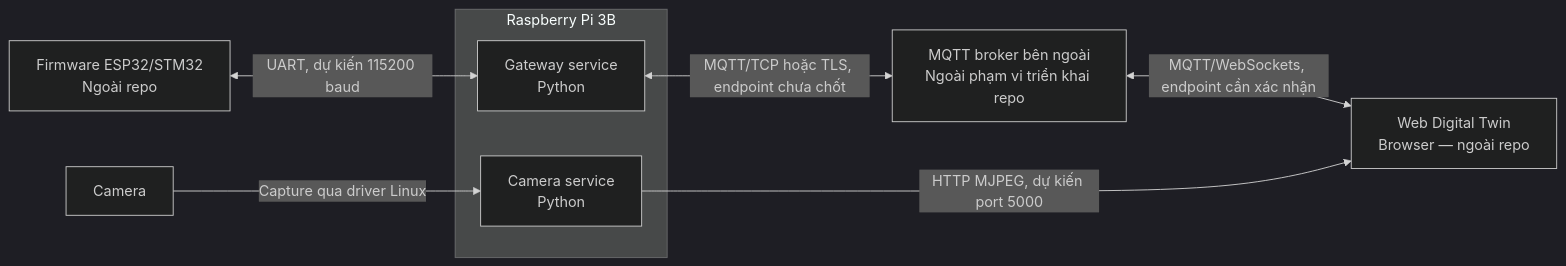
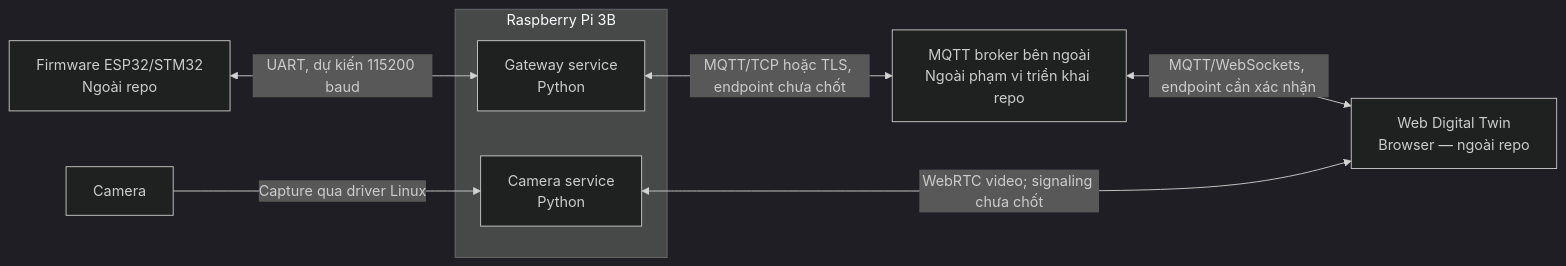
One commit to dugati201-glitch/digital_twin changed the diagram in docs/02-containers.md. Above: the diagram before and after it, drawn with Mermaid (dark theme). The commit also changed other lines of this file and 18 other files, not shown here.

Commit message:
Replace camera MJPEG stream with WebRTC

````diff
--- a/docs/02-containers.md
+++ b/docs/02-containers.md
@@ -5,20 +5,20 @@
 ```mermaid
 flowchart LR
     web["Web Digital Twin
 Browser — ngoài repo"]
     mcu["Firmware ESP32/STM32
 Ngoài repo"]
     cam["Camera"]
     subgraph pi["Raspberry Pi 3B"]
         gateway["Gateway service
 Python"]
         video["Camera service
 Python"]
     end
     broker["MQTT broker bên ngoài<br/>Ngoài phạm vi triển khai repo"]
     mcu <-->|"UART, dự kiến 115200 baud"| gateway
     gateway <-->|"MQTT/TCP hoặc TLS, endpoint chưa chốt"| broker
     broker <-->|"MQTT/WebSockets, endpoint cần xác nhận"| web
     cam -->|"Capture qua driver Linux"| video
-    video -->|"HTTP MJPEG, dự kiến port 5000"| web
+    video <-->|"WebRTC video; signaling chưa chốt"| web
 ```
````
